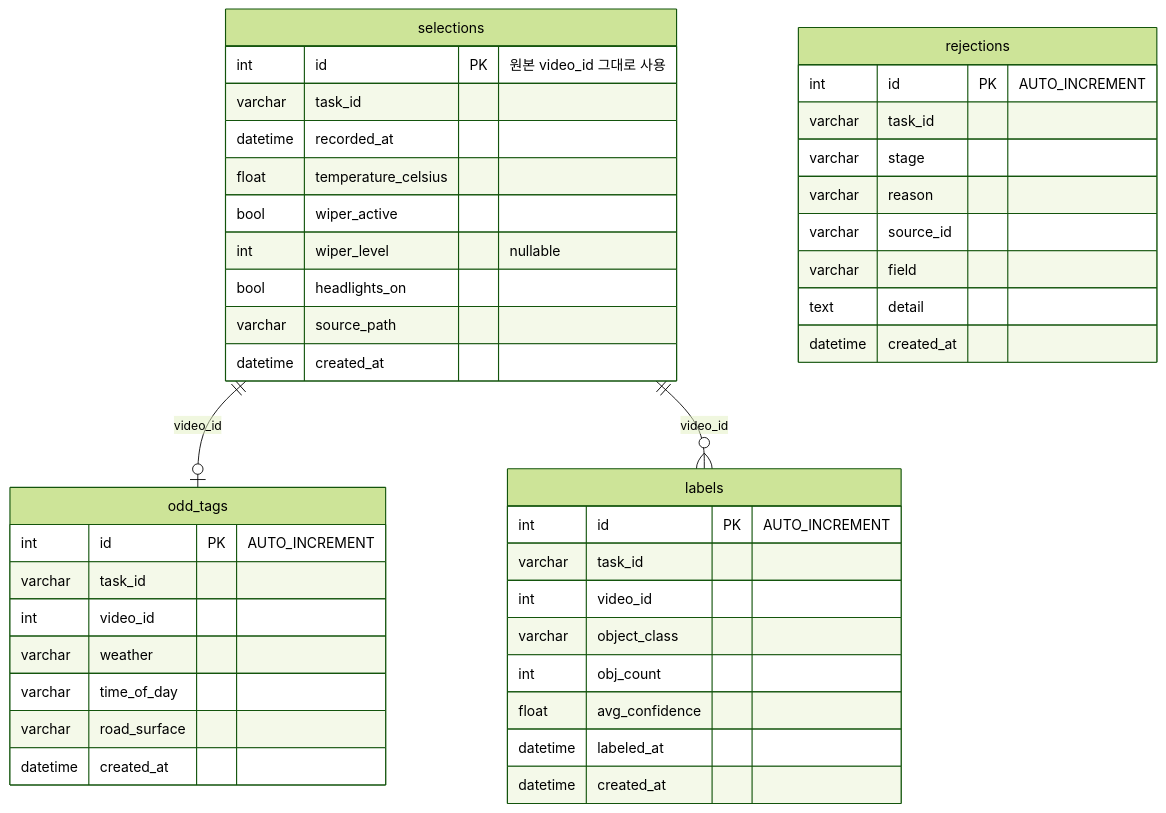
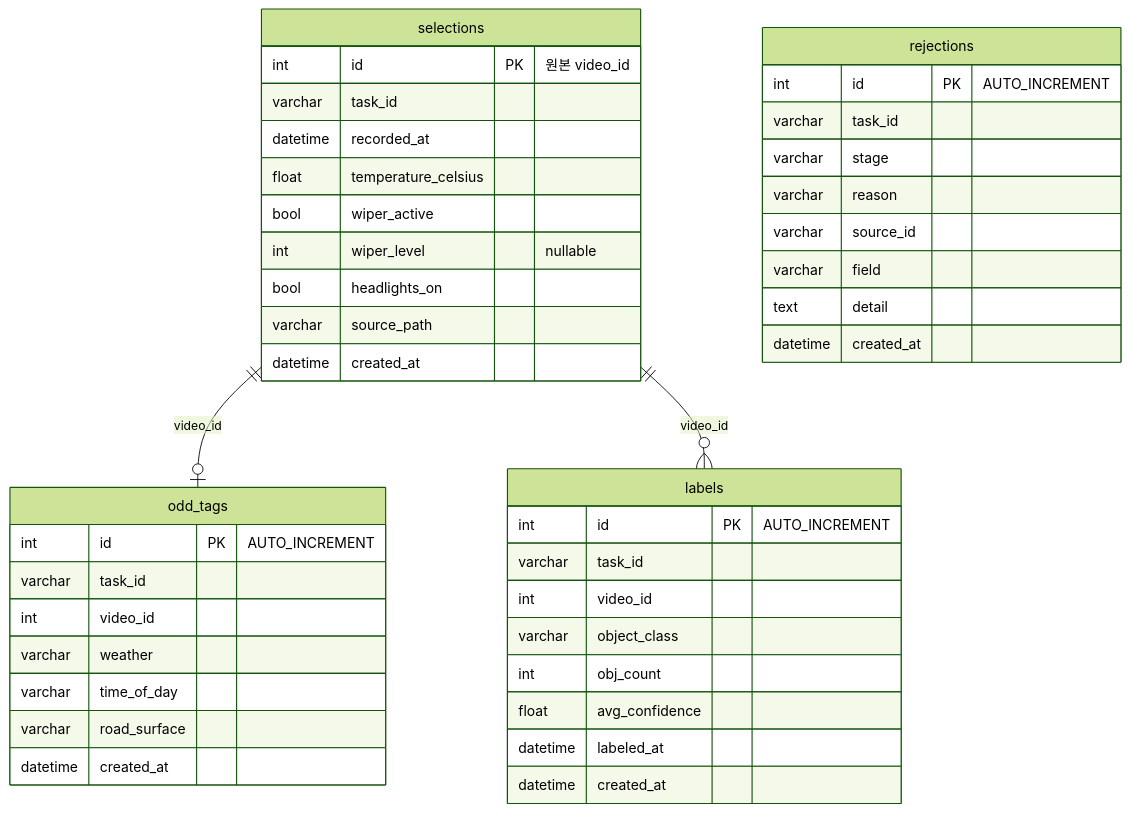
One commit to ryu-qqq/pipeline-server changed the diagram in docs/data-model.md. Above: the diagram before and after it, drawn with Mermaid (forest theme). The commit also changed other lines of this file and 12 other files, not shown here.

````diff
--- a/docs/data-model.md
+++ b/docs/data-model.md
@@ -12,49 +11,49 @@
 ```mermaid
 erDiagram
     selections {
-        int id PK "원본 video_id 그대로 사용"
+        int id PK "원본 video_id"
         varchar task_id
         datetime recorded_at
         float temperature_celsius
         bool wiper_active
         int wiper_level "nullable"
         bool headlights_on
         varchar source_path
         datetime created_at
     }
 
     odd_tags {
         int id PK "AUTO_INCREMENT"
         varchar task_id
         int video_id
         varchar weather
         varchar time_of_day
         varchar road_surface
         datetime created_at
     }
 
     labels {
         int id PK "AUTO_INCREMENT"
         varchar task_id
         int video_id
         varchar object_class
         int obj_count
         float avg_confidence
         datetime labeled_at
         datetime created_at
     }
 
     rejections {
         int id PK "AUTO_INCREMENT"
         varchar task_id
         varchar stage
         varchar reason
         varchar source_id
         varchar field
         text detail
         datetime created_at
     }
 
     selections ||--o| odd_tags : "video_id"
     selections ||--o{ labels : "video_id"
 ```
````
